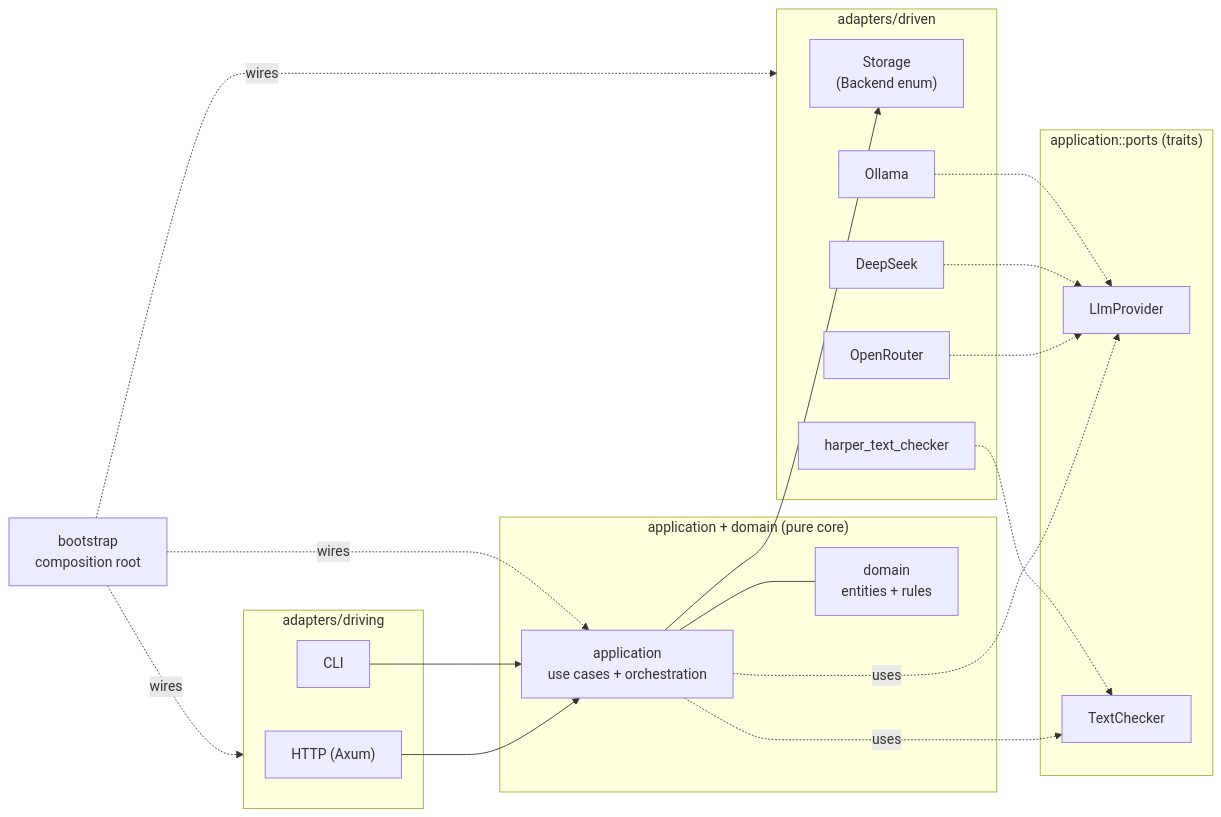
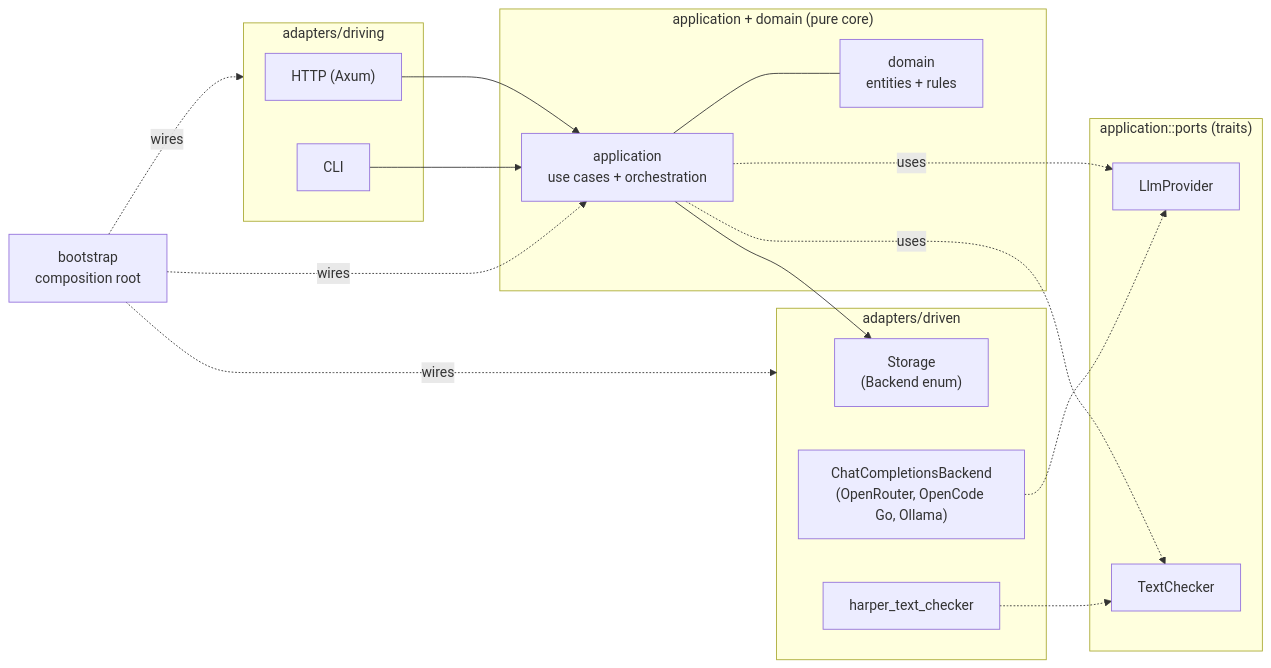
Before and after one commit to notsonormal/chronicler-engine: the diagram in docs/diataxis/explanation/architecture.md, drawn with Mermaid. The commit also changed other lines of this file and 47 other files, not shown here.

First line of the commit message:
feat(llm): one chat-completions backend, OpenCode Go provider, routing

````diff
--- a/docs/diataxis/explanation/architecture.md
+++ b/docs/diataxis/explanation/architecture.md
@@ -20,44 +20,40 @@
 ```mermaid
 flowchart LR
     subgraph driving["adapters/driving"]
         http["HTTP (Axum)"]
         cli["CLI"]
     end
 
     subgraph core["application + domain (pure core)"]
         app["application<br/>use cases + orchestration"]
         domain["domain<br/>entities + rules"]
         app --- domain
     end
 
     subgraph ports["application::ports (traits)"]
         llm["LlmProvider"]
         tc["TextChecker"]
     end
 
     subgraph driven["adapters/driven"]
         storage["Storage<br/>(Backend enum)"]
-        openrouter["OpenRouter"]
-        deepseek["DeepSeek"]
-        ollama["Ollama"]
+        chat["ChatCompletionsBackend<br/>(OpenRouter, OpenCode Go, Ollama)"]
         harper["harper_text_checker"]
     end
 
     bootstrap["bootstrap<br/>composition root"]
 
     http --> app
     cli --> app
 
     app -. uses .-> llm
     app -. uses .-> tc
     app --> storage
 
-    openrouter -.-> llm
-    deepseek -.-> llm
-    ollama -.-> llm
+    chat -.-> llm
     harper -.-> tc
 
     bootstrap -. wires .-> driving
     bootstrap -. wires .-> driven
     bootstrap -. wires .-> app
 ```
````
